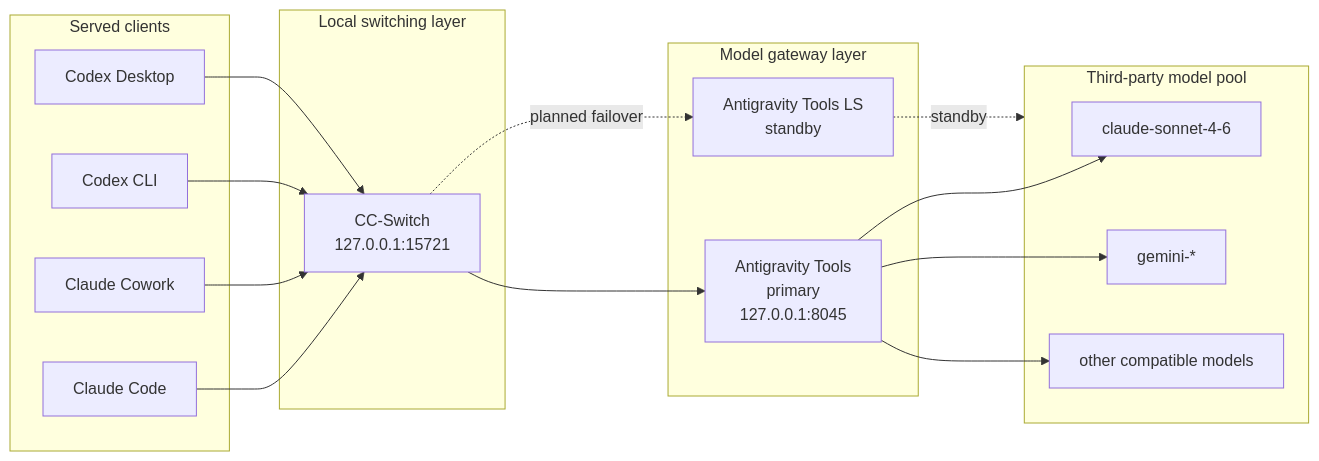
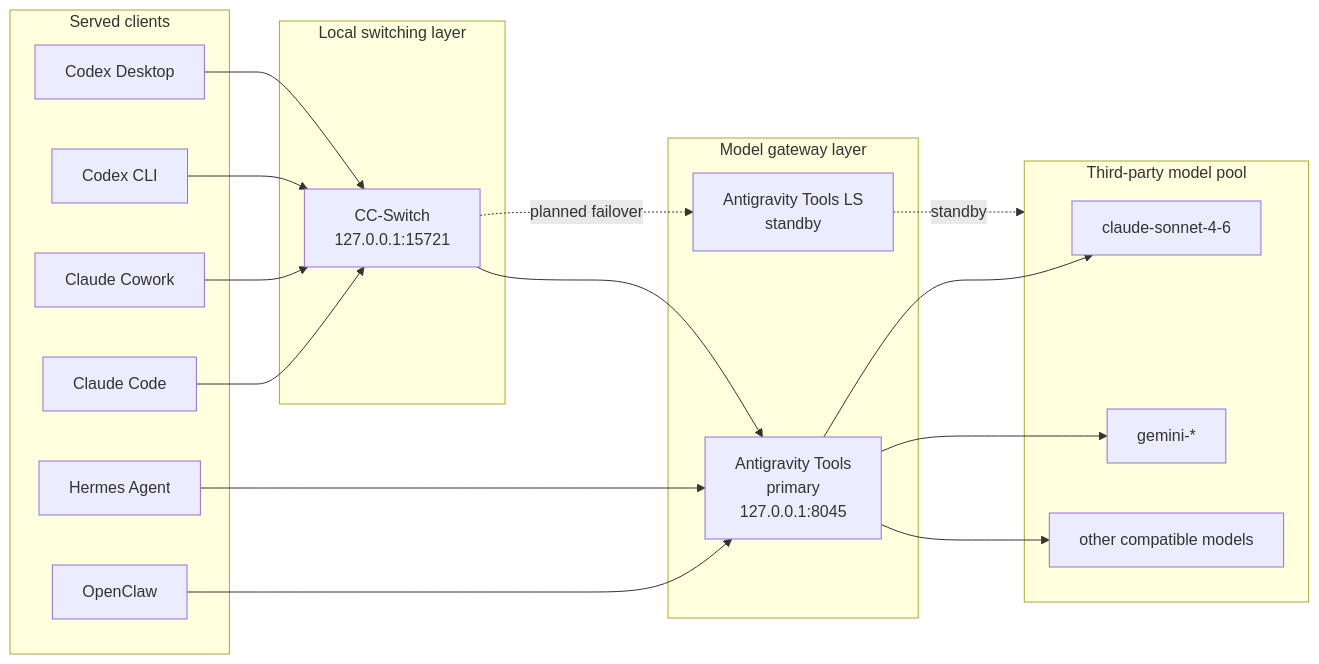
One commit to abbsay/dogegate changed the first of 3 diagrams in ARCHITECTURE.md. Above: the diagram before and after it, drawn with Mermaid. The commit also changed other lines of this file and 3 other files, not shown here.

Commit message:
Add OpenClaw and Hermes pool support

````diff
--- a/ARCHITECTURE.md
+++ b/ARCHITECTURE.md
@@ -12,37 +12,41 @@
 ```mermaid
 flowchart LR
   subgraph Clients["Served clients"]
     ClaudeCode["Claude Code"]
     ClaudeCowork["Claude Cowork"]
     CodexCLI["Codex CLI"]
     CodexDesktop["Codex Desktop"]
+    OpenClaw["OpenClaw"]
+    Hermes["Hermes Agent"]
   end
 
   subgraph Switch["Local switching layer"]
     CCSwitch["CC-Switch\n127.0.0.1:15721"]
   end
 
   subgraph Upstream["Model gateway layer"]
     AGT["Antigravity Tools\nprimary\n127.0.0.1:8045"]
     AGLS["Antigravity Tools LS\nstandby"]
   end
 
   subgraph Models["Third-party model pool"]
     ClaudeModel["claude-sonnet-4-6"]
     GeminiModel["gemini-*"]
     OtherModels["other compatible models"]
   end
 
   ClaudeCode --> CCSwitch
   ClaudeCowork --> CCSwitch
   CodexCLI --> CCSwitch
   CodexDesktop --> CCSwitch
+  OpenClaw --> AGT
+  Hermes --> AGT
 
   CCSwitch --> AGT
   CCSwitch -. planned failover .-> AGLS
 
   AGT --> ClaudeModel
   AGT --> GeminiModel
   AGT --> OtherModels
   AGLS -. standby .-> Models
 ```
````
